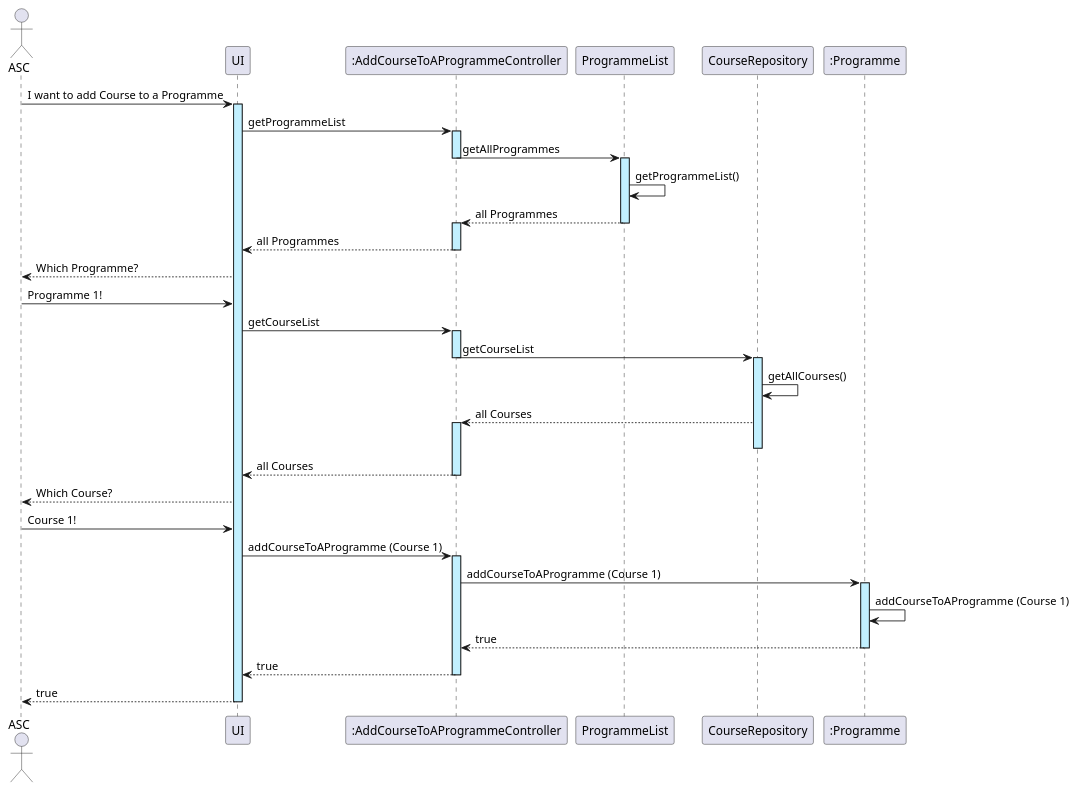
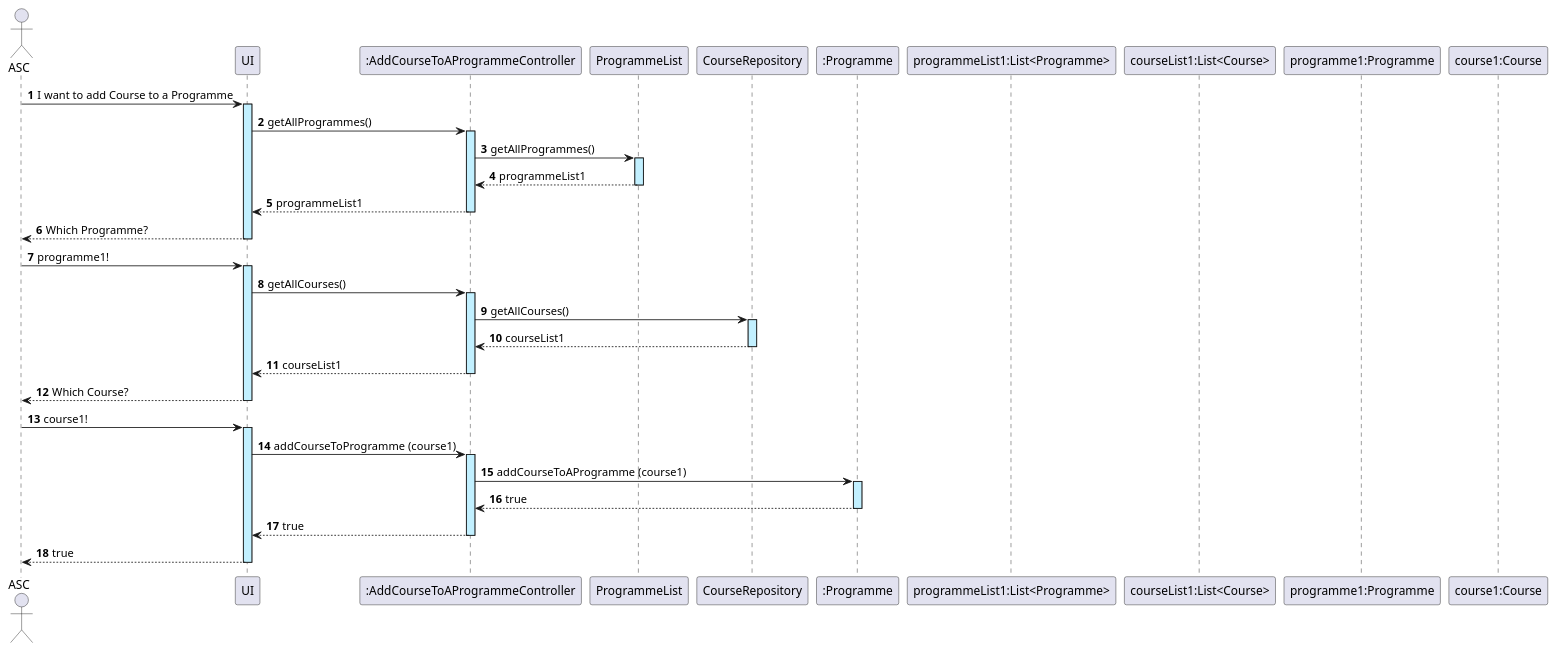
Before and after one commit to GasparISEP/DevOps-PAI: the diagram in docs/US03/US03_AddCourseToAProgrammeSD.puml, drawn with PlantUML.

Commit message:
Update US03 sequence diagram

```diff
--- a/docs/US03/US03_AddCourseToAProgrammeSD.puml
+++ b/docs/US03/US03_AddCourseToAProgrammeSD.puml
@@ -1,47 +1,46 @@
 @startuml
 actor ASC
+autonumber
 
 ASC -> UI ++ #application : I want to add Course to a Programme
 
-UI -> ":AddCourseToAProgrammeController" ++ #application: getProgrammeList
+UI -> ":AddCourseToAProgrammeController" ++ #application: getAllProgrammes()
 
-":AddCourseToAProgrammeController" -> ProgrammeList --++ #application: getAllProgrammes
+":AddCourseToAProgrammeController" -> ProgrammeList ++ #application: getAllProgrammes()
 
-ProgrammeList -> ProgrammeList : getProgrammeList()
+ProgrammeList --> ":AddCourseToAProgrammeController" -- #application: programmeList1
 
-ProgrammeList --> ":AddCourseToAProgrammeController" --++ #application: all Programmes
+":AddCourseToAProgrammeController" --> UI --:  programmeList1
 
-":AddCourseToAProgrammeController" --> UI --: all Programmes
+UI --> ASC -- : Which Programme?
 
-UI --> ASC : Which Programme?
+ASC -> UI ++ #application: programme1!
 
-ASC -> UI: Programme 1!
+UI -> ":AddCourseToAProgrammeController" ++ #application: getAllCourses()
 
-UI -> ":AddCourseToAProgrammeController" ++ #application: getCourseList
+":AddCourseToAProgrammeController" -> CourseRepository ++ #application: getAllCourses()
 
-":AddCourseToAProgrammeController" -> CourseRepository --++ #application: getCourseList
+CourseRepository --> ":AddCourseToAProgrammeController" -- #application: courseList1
 
-CourseRepository -> CourseRepository : getAllCourses()
+":AddCourseToAProgrammeController" --> UI -- : courseList1
 
-CourseRepository --> ":AddCourseToAProgrammeController" ++-- #application: all Courses
+UI --> ASC -- : Which Course?
 
-":AddCourseToAProgrammeController" --> UI -- : all Courses
-
-UI --> ASC : Which Course?
-
-ASC -> UI : Course 1!
+ASC -> UI ++ #application: course1!
 
 
-UI -> ":AddCourseToAProgrammeController" ++ #application : addCourseToAProgramme (Course 1)
+UI -> ":AddCourseToAProgrammeController" ++ #application : addCourseToProgramme (course1)
 
-":AddCourseToAProgrammeController" -> ":Programme" ++ #application : addCourseToAProgramme (Course 1)
-
-":Programme" -> ":Programme"  #application : addCourseToAProgramme (Course 1)
+":AddCourseToAProgrammeController" -> ":Programme" ++ #application : addCourseToAProgramme (course1)
 
 ":Programme" --> ":AddCourseToAProgrammeController" --: true
 
 ":AddCourseToAProgrammeController" --> UI  --: true
 
 UI --> ASC --: true
 
+participant "programmeList1:List<Programme>"
+participant "courseList1:List<Course>"
+participant "programme1:Programme"
+participant "course1:Course"
 @enduml
```
